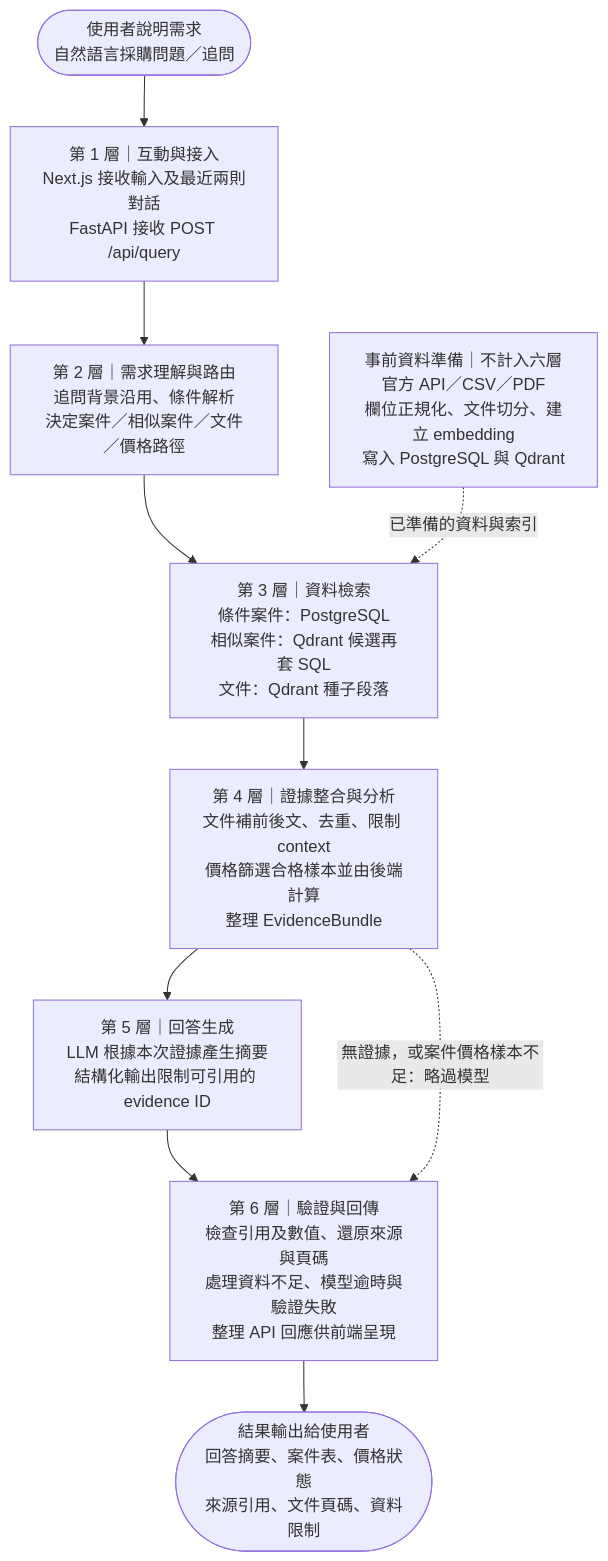
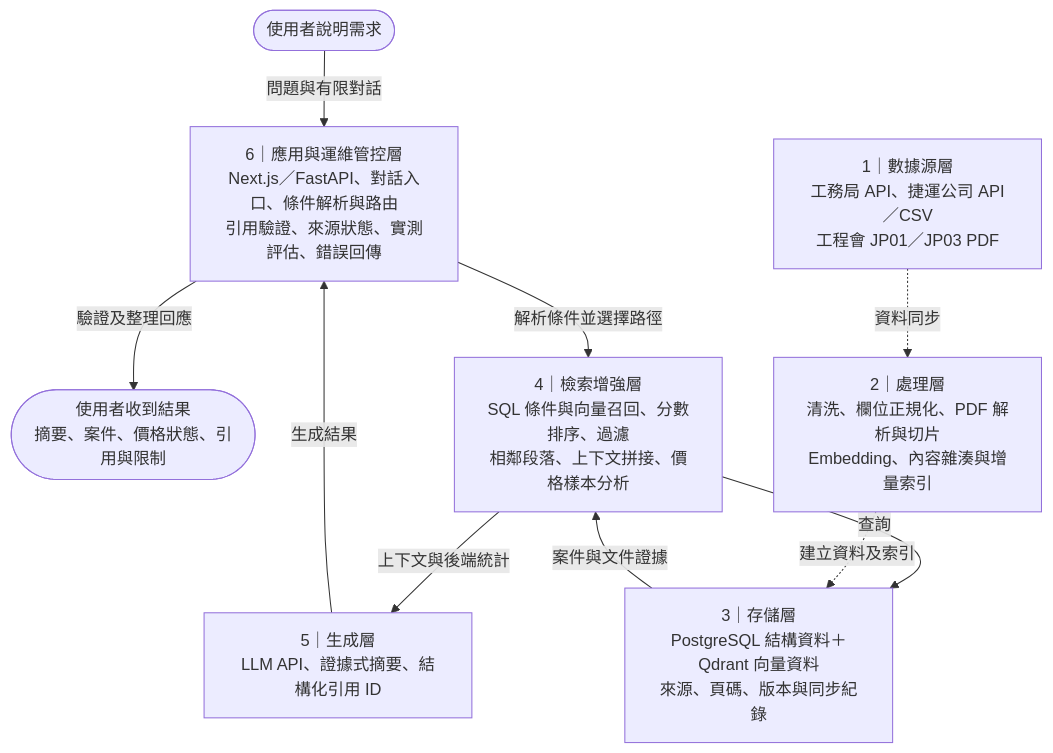
Before and after one commit to chenliyu0410/procurement-quotation-rag: the diagram in docs/architecture.md, drawn with Mermaid. The commit also changed other lines of this file and 3 other files, not shown here.

Commit message:
docs: align RAG diagram with textbook six-layer architecture [skip ci]

````diff
--- a/docs/architecture.md
+++ b/docs/architecture.md
@@ -9,15 +13,20 @@
 ```mermaid
 flowchart TB
-    USER([使用者說明需求<br/>自然語言採購問題／追問])
-    L1[第 1 層｜互動與接入<br/>Next.js 接收輸入及最近兩則對話<br/>FastAPI 接收 POST /api/query]
-    L2[第 2 層｜需求理解與路由<br/>追問背景沿用、條件解析<br/>決定案件／相似案件／文件／價格路徑]
-    L3[第 3 層｜資料檢索<br/>條件案件：PostgreSQL<br/>相似案件：Qdrant 候選再套 SQL<br/>文件：Qdrant 種子段落]
-    L4[第 4 層｜證據整合與分析<br/>文件補前後文、去重、限制 context<br/>價格篩選合格樣本並由後端計算<br/>整理 EvidenceBundle]
-    L5[第 5 層｜回答生成<br/>LLM 根據本次證據產生摘要<br/>結構化輸出限制可引用的 evidence ID]
-    L6[第 6 層｜驗證與回傳<br/>檢查引用及數值、還原來源與頁碼<br/>處理資料不足、模型逾時與驗證失敗<br/>整理 API 回應供前端呈現]
-    RESULT([結果輸出給使用者<br/>回答摘要、案件表、價格狀態<br/>來源引用、文件頁碼、資料限制])
-    PREP[事前資料準備｜不計入六層<br/>官方 API／CSV／PDF<br/>欄位正規化、文件切分、建立 embedding<br/>寫入 PostgreSQL 與 Qdrant]
-    USER --> L1 --> L2 --> L3 --> L4 --> L5 --> L6 --> RESULT
-    PREP -. 已準備的資料與索引 .-> L3
-    L4 -. 無證據，或案件價格樣本不足：略過模型 .-> L6
+    USER([使用者說明需求])
+    OUT([使用者收到結果<br/>摘要、案件、價格狀態、引用與限制])
+    L6[6｜應用與運維管控層<br/>Next.js／FastAPI、對話入口、條件解析與路由<br/>引用驗證、來源狀態、實測評估、錯誤回傳]
+    L5[5｜生成層<br/>LLM API、證據式摘要、結構化引用 ID]
+    L4[4｜檢索增強層<br/>SQL 條件與向量召回、分數排序、過濾<br/>相鄰段落、上下文拼接、價格樣本分析]
+    L3[3｜存儲層<br/>PostgreSQL 結構資料＋Qdrant 向量資料<br/>來源、頁碼、版本與同步紀錄]
+    L2[2｜處理層<br/>清洗、欄位正規化、PDF 解析與切片<br/>Embedding、內容雜湊與增量索引]
+    L1[1｜數據源層<br/>工務局 API、捷運公司 API／CSV<br/>工程會 JP01／JP03 PDF]
+    USER -->|問題與有限對話| L6
+    L6 -->|解析條件並選擇路徑| L4
+    L4 -->|查詢| L3
+    L3 -->|案件與文件證據| L4
+    L4 -->|上下文與後端統計| L5
+    L5 -->|生成結果| L6
+    L6 -->|驗證及整理回應| OUT
+    L1 -. 資料同步 .-> L2
+    L2 -. 建立資料及索引 .-> L3
 ```
````
